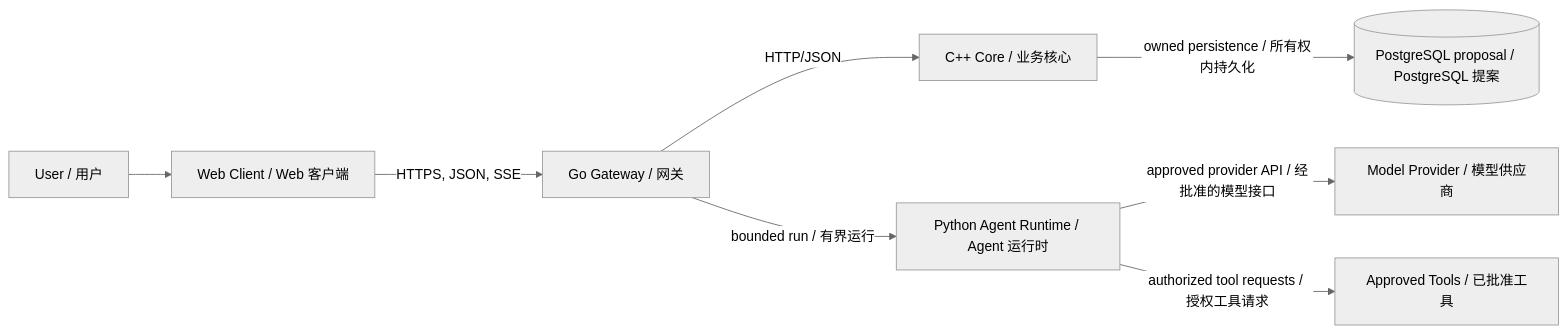
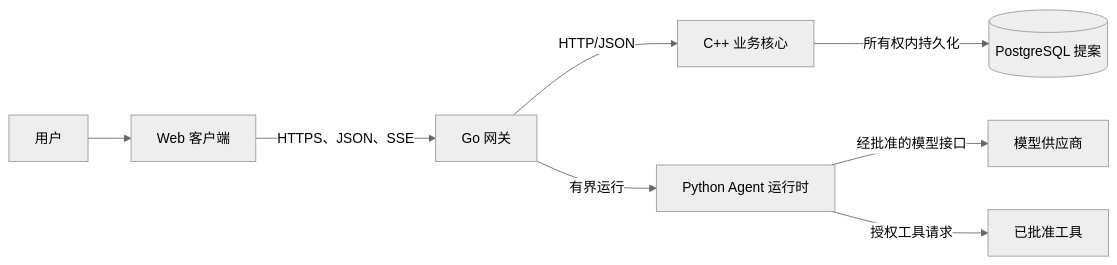
One commit to Rain0832/DrRainAI changed the diagram in docs/diagrams/system-context.mmd. Above: the diagram before and after it, drawn with Mermaid (neutral theme). The commit also changed 40 other files, not shown here.

```diff
--- a/docs/diagrams/system-context.mmd
+++ b/docs/diagrams/system-context.mmd
@@ -1,8 +1,8 @@
 flowchart LR
-    user[User / 用户] --> web[Web Client / Web 客户端]
-    web -->|HTTPS, JSON, SSE| gateway[Go Gateway / 网关]
-    gateway -->|HTTP/JSON| core[C++ Core / 业务核心]
-    gateway -->|bounded run / 有界运行| agent[Python Agent Runtime / Agent 运行时]
-    agent -->|approved provider API / 经批准的模型接口| model[Model Provider / 模型供应商]
-    agent -->|authorized tool requests / 授权工具请求| tools[Approved Tools / 已批准工具]
-    core -->|owned persistence / 所有权内持久化| db[(PostgreSQL proposal / PostgreSQL 提案)]
+    user[用户] --> web[Web 客户端]
+    web -->|HTTPS、JSON、SSE| gateway[Go 网关]
+    gateway -->|HTTP/JSON| core[C++ 业务核心]
+    gateway -->|有界运行| agent[Python Agent 运行时]
+    agent -->|经批准的模型接口| model[模型供应商]
+    agent -->|授权工具请求| tools[已批准工具]
+    core -->|所有权内持久化| db[(PostgreSQL 提案)]
```
